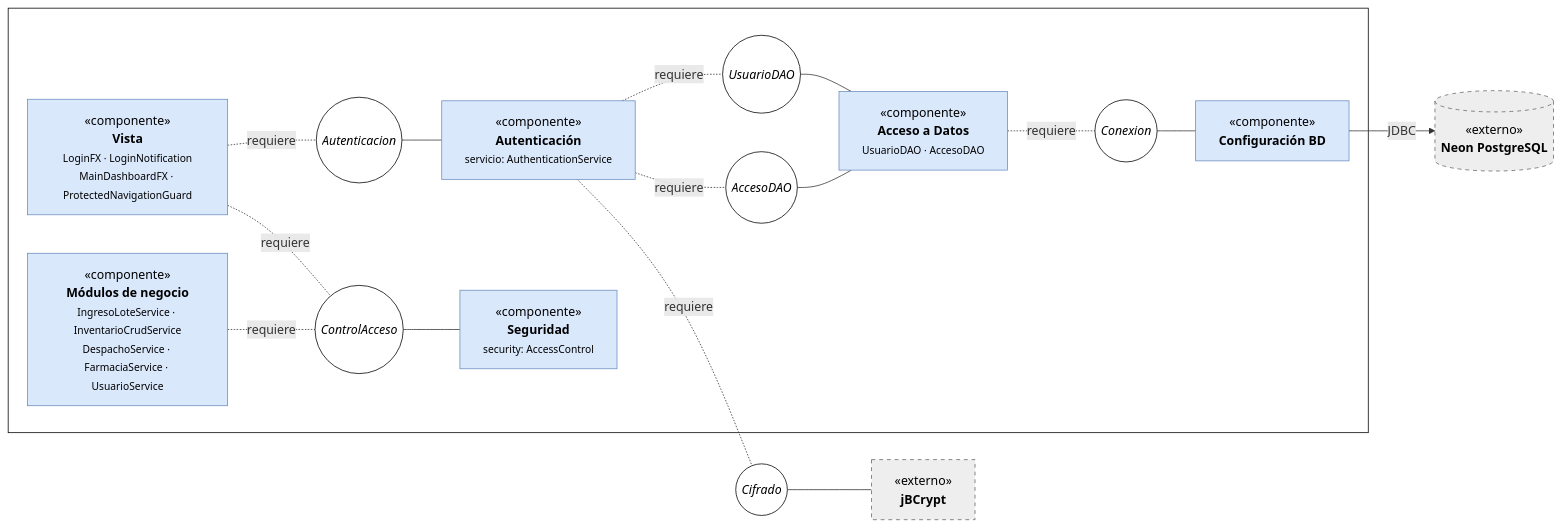
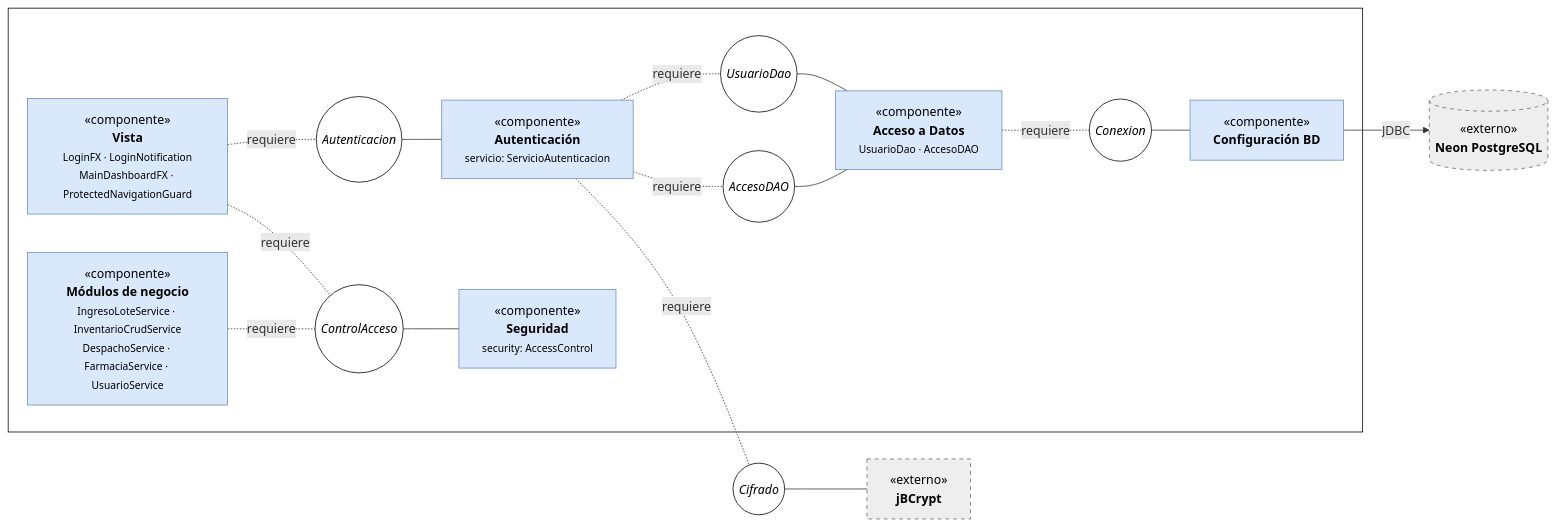
One commit to puj-course/FIS_2630_1204_G1 changed the diagram in docs/diagramas/HU 51/Componentes_HU51_Inicio_Sesion.md. Above: the diagram before and after it, drawn with Mermaid. The commit also changed other lines of this file and 121 other files, not shown here.

````diff
--- a/docs/diagramas/HU 51/Componentes_HU51_Inicio_Sesion.md
+++ b/docs/diagramas/HU 51/Componentes_HU51_Inicio_Sesion.md
@@ -11,42 +11,42 @@
 ```mermaid
 flowchart LR
     subgraph APP[" "]
         VIS["«componente»<br/><b>Vista</b><br/><small>LoginFX · LoginNotification<br/>MainDashboardFX · ProtectedNavigationGuard</small>"]
         NEG["«componente»<br/><b>Módulos de negocio</b><br/><small>IngresoLoteService · InventarioCrudService<br/>DespachoService · FarmaciaService · UsuarioService</small>"]
         I_AUTH(("<i>Autenticacion</i>"))
         I_ACL(("<i>ControlAcceso</i>"))
-        AUTH["«componente»<br/><b>Autenticación</b><br/><small>servicio: AuthenticationService</small>"]
+        AUTH["«componente»<br/><b>Autenticación</b><br/><small>servicio: ServicioAutenticacion</small>"]
         SEG["«componente»<br/><b>Seguridad</b><br/><small>security: AccessControl</small>"]
-        I_USR(("<i>UsuarioDAO</i>"))
+        I_USR(("<i>UsuarioDao</i>"))
         I_ACC(("<i>AccesoDAO</i>"))
-        DAO["«componente»<br/><b>Acceso a Datos</b><br/><small>UsuarioDAO · AccesoDAO</small>"]
+        DAO["«componente»<br/><b>Acceso a Datos</b><br/><small>UsuarioDao · AccesoDAO</small>"]
         I_CON(("<i>Conexion</i>"))
         CFG["«componente»<br/><b>Configuración BD</b>"]
     end
     I_HASH(("<i>Cifrado</i>"))
     BC["«externo»<br/><b>jBCrypt</b>"]
     DB[("«externo»<br/><b>Neon PostgreSQL</b>")]
 
     VIS -. requiere .- I_AUTH
     I_AUTH --- AUTH
     VIS -. requiere .- I_ACL
     NEG -. requiere .- I_ACL
     I_ACL --- SEG
     AUTH -. requiere .- I_USR
     AUTH -. requiere .- I_ACC
     I_USR --- DAO
     I_ACC --- DAO
     AUTH -. requiere .- I_HASH
     I_HASH --- BC
     DAO -. requiere .- I_CON
     I_CON --- CFG
     CFG -->|JDBC| DB
 
     classDef comp fill:#dae8fc,stroke:#6c8ebf,color:#000000
     classDef ext fill:#eeeeee,stroke:#666666,stroke-dasharray:5 5,color:#000000
     classDef iface fill:#ffffff,stroke:#000000,color:#000000
     class VIS,AUTH,DAO,SEG,CFG,NEG comp
     class BC,DB ext
     class I_AUTH,I_USR,I_ACC,I_HASH,I_ACL,I_CON iface
     style APP fill:#ffffff,stroke:#000000
 ```
````
